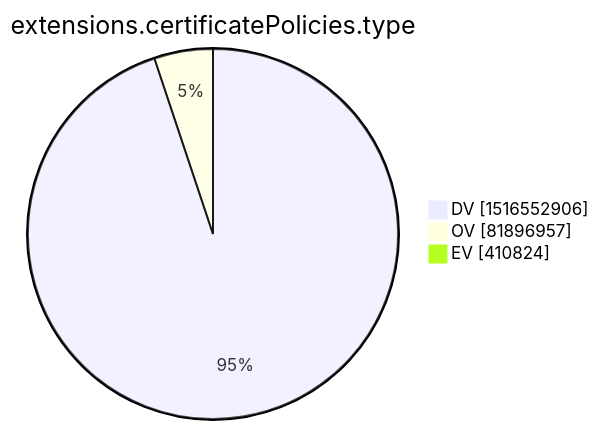
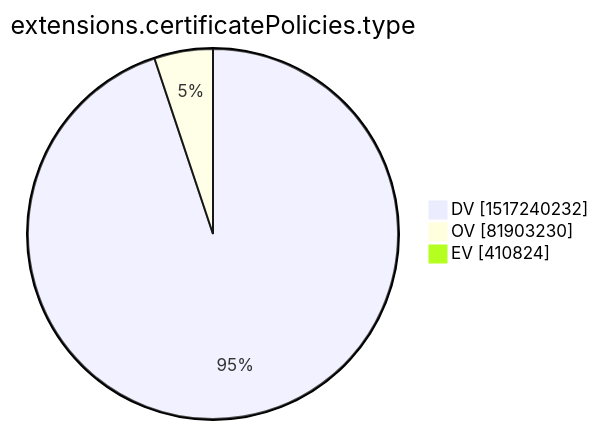
The tenth of 15 diagrams in xenon2022/README.md (christiankrug/ctmonitor_visualization), drawn with Mermaid before and after one commit. The commit also changed other lines of this file, not shown here.

````diff
--- a/xenon2022/README.md
+++ b/xenon2022/README.md
@@ -2875,7 +2875,7 @@
 ```mermaid
 pie showData
 title extensions.certificatePolicies.type
-"DV" :1516552906
-"OV" :81896957
+"DV" :1517240232
+"OV" :81903230
 "EV" :410824
 ```
````
